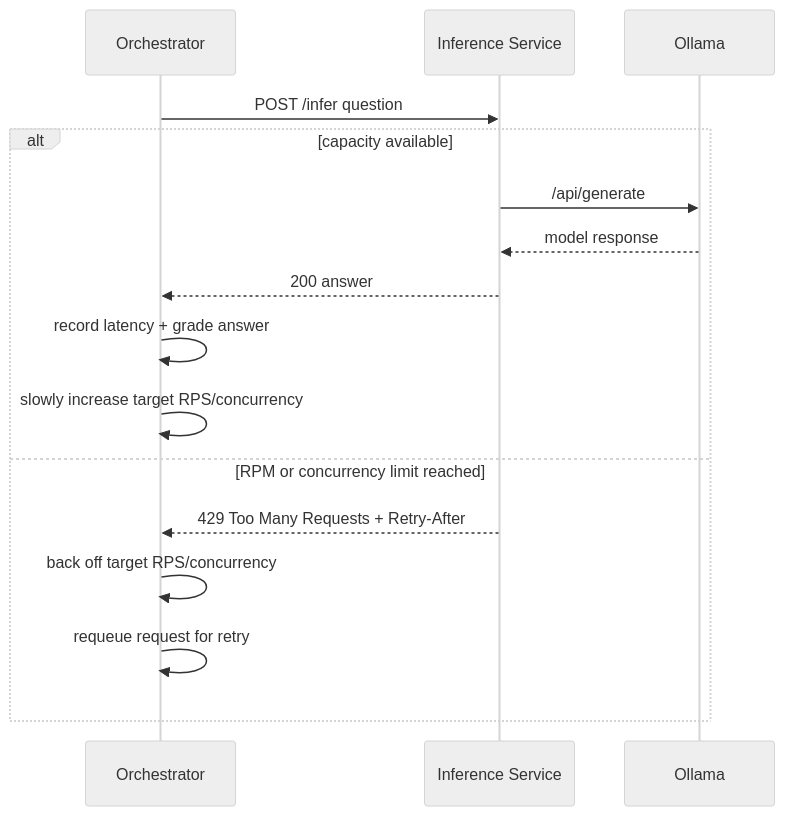
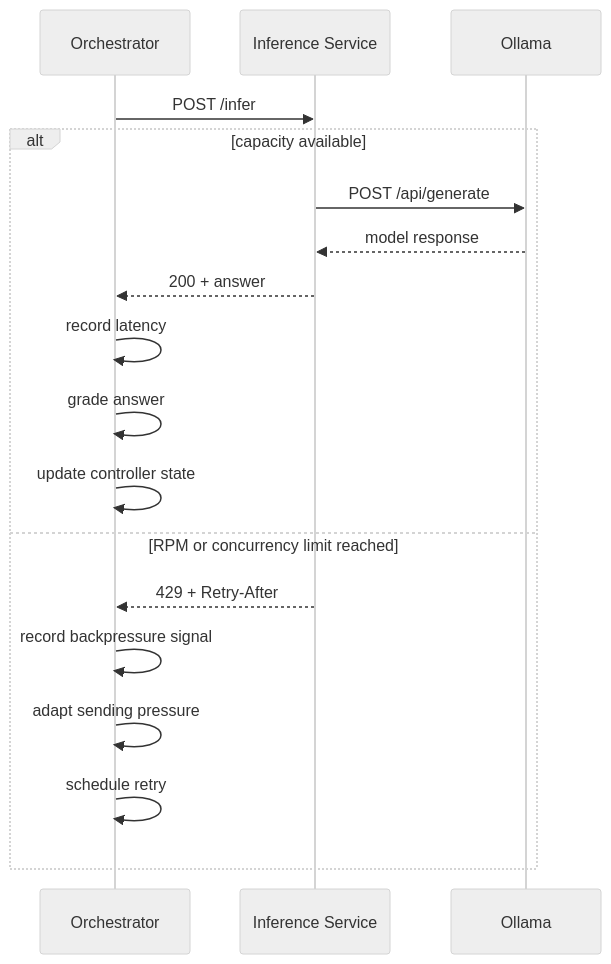
The second of 3 diagrams in README.md (NicolasLaube/benchmark-orchestration), drawn with Mermaid (neutral theme) before and after one commit. The commit also changed other lines of this file and 62 other files, not shown here.

````diff
--- a/README.md
+++ b/README.md
@@ -324,19 +215,22 @@
 ```mermaid
 sequenceDiagram
     participant O as Orchestrator
     participant S as Inference Service
     participant M as Ollama
 
-    O->>S: POST /infer question
+    O->>S: POST /infer
+
     alt capacity available
-        S->>M: /api/generate
+        S->>M: POST /api/generate
         M-->>S: model response
-        S-->>O: 200 answer
-        O->>O: record latency + grade answer
-        O->>O: slowly increase target RPS/concurrency
+        S-->>O: 200 + answer
+        O->>O: record latency
+        O->>O: grade answer
+        O->>O: update controller state
     else RPM or concurrency limit reached
-        S-->>O: 429 Too Many Requests + Retry-After
-        O->>O: back off target RPS/concurrency
-        O->>O: requeue request for retry
+        S-->>O: 429 + Retry-After
+        O->>O: record backpressure signal
+        O->>O: adapt sending pressure
+        O->>O: schedule retry
     end
 ```
````
